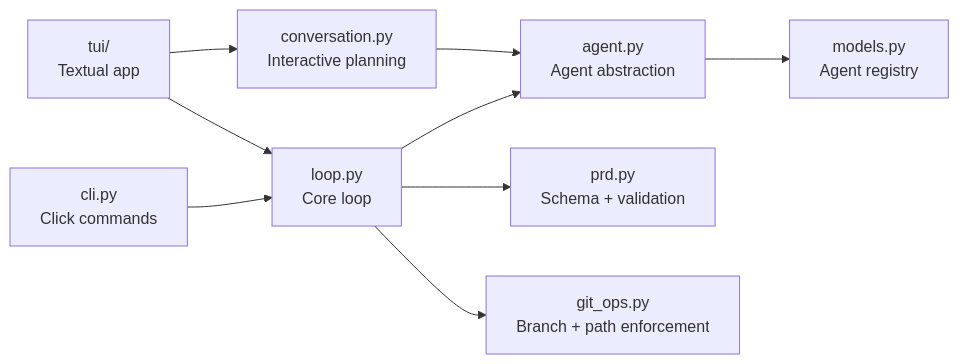
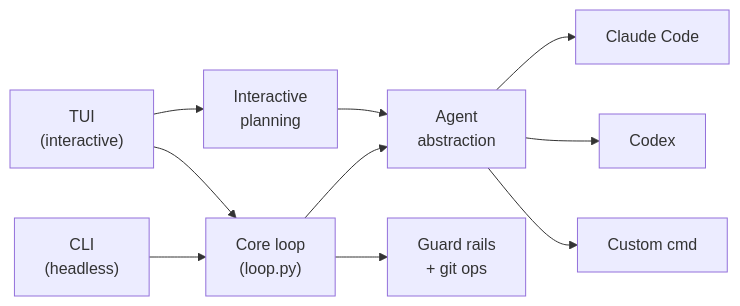
One commit to 0xfauzi/kstrl changed the second of 2 diagrams in README.md. Above: the diagram before and after it, drawn with Mermaid. The commit also changed other lines of this file, not shown here.

````diff
--- a/README.md
+++ b/README.md
@@ -239,11 +214,12 @@
 ```mermaid
 flowchart LR
-    CLI[cli.py\nClick commands] --> Loop[loop.py\nCore loop]
-    TUI[tui/\nTextual app] --> Loop
-    Loop --> Agent[agent.py\nAgent abstraction]
-    Loop --> PRD[prd.py\nSchema + validation]
-    Loop --> Git[git_ops.py\nBranch + path enforcement]
-    Agent --> Models[models.py\nAgent registry]
-    TUI --> Conv[conversation.py\nInteractive planning]
-    Conv --> Agent
+    CLI["CLI\n(headless)"] --> Loop["Core loop\n(loop.py)"]
+    TUI["TUI\n(interactive)"] --> Loop
+    Loop --> Agent["Agent\nabstraction"]
+    Loop --> Guard["Guard rails\n+ git ops"]
+    Agent --> Claude["Claude Code"]
+    Agent --> Codex["Codex"]
+    Agent --> Custom["Custom cmd"]
+    TUI --> Planning["Interactive\nplanning"]
+    Planning --> Agent
 ```
````
